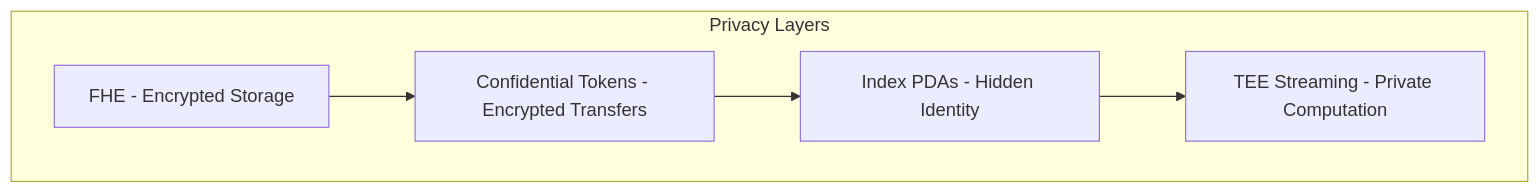
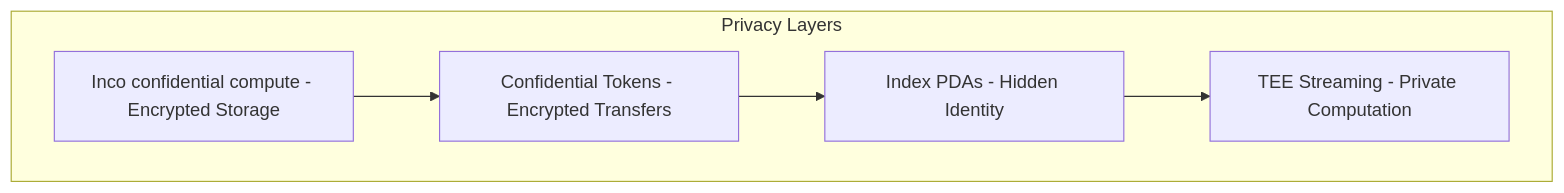
The first of 3 diagrams in docs-site/docs/core-concepts/privacy-layer.md (ConejoCapital/Bagel), drawn with Mermaid before and after one commit. The commit also changed other lines of this file and 46 other files, not shown here.

First line of the commit message:
fix: replace FHE/homomorphic lingo with "Inco confidential compute"

````diff
--- a/docs-site/docs/core-concepts/privacy-layer.md
+++ b/docs-site/docs/core-concepts/privacy-layer.md
@@ -11,8 +11,8 @@
 ```mermaid
 graph TB
     subgraph "Privacy Layers"
-        A[FHE - Encrypted Storage] --> B[Confidential Tokens - Encrypted Transfers]
+        A[Inco confidential compute - Encrypted Storage] --> B[Confidential Tokens - Encrypted Transfers]
         B --> C[Index PDAs - Hidden Identity]
         C --> D[TEE Streaming - Private Computation]
     end
 ```
````
